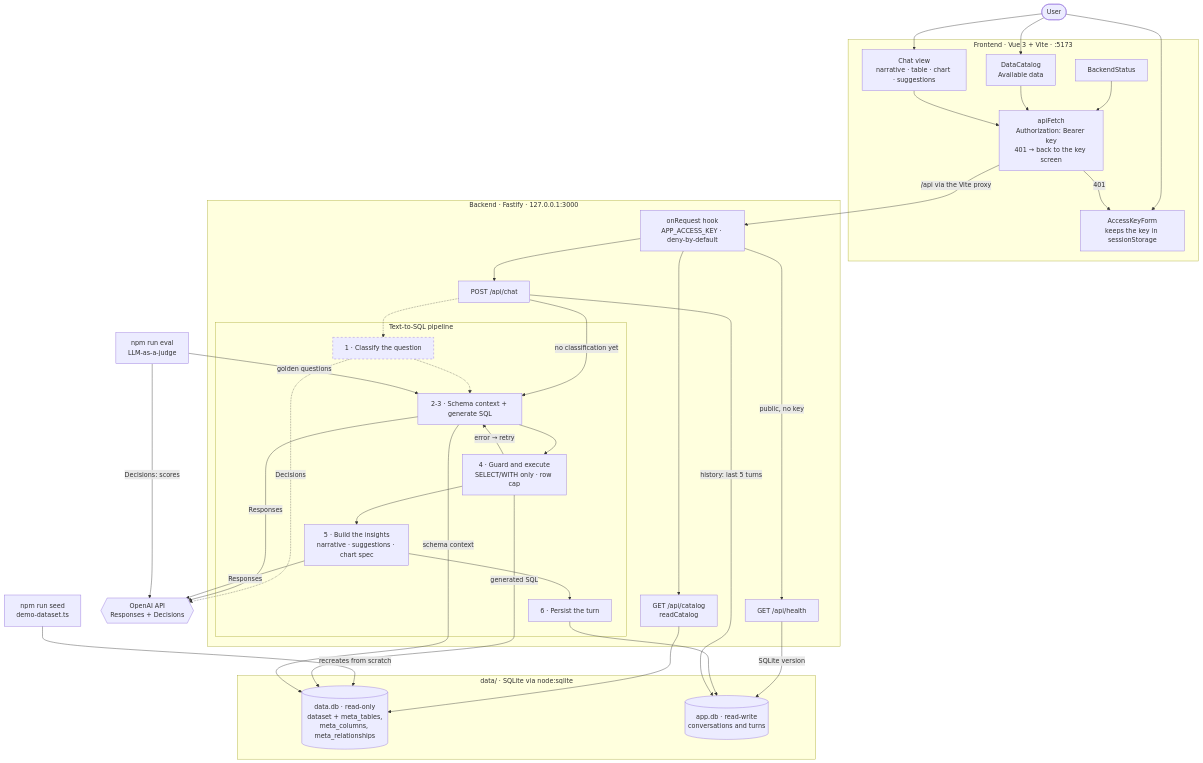
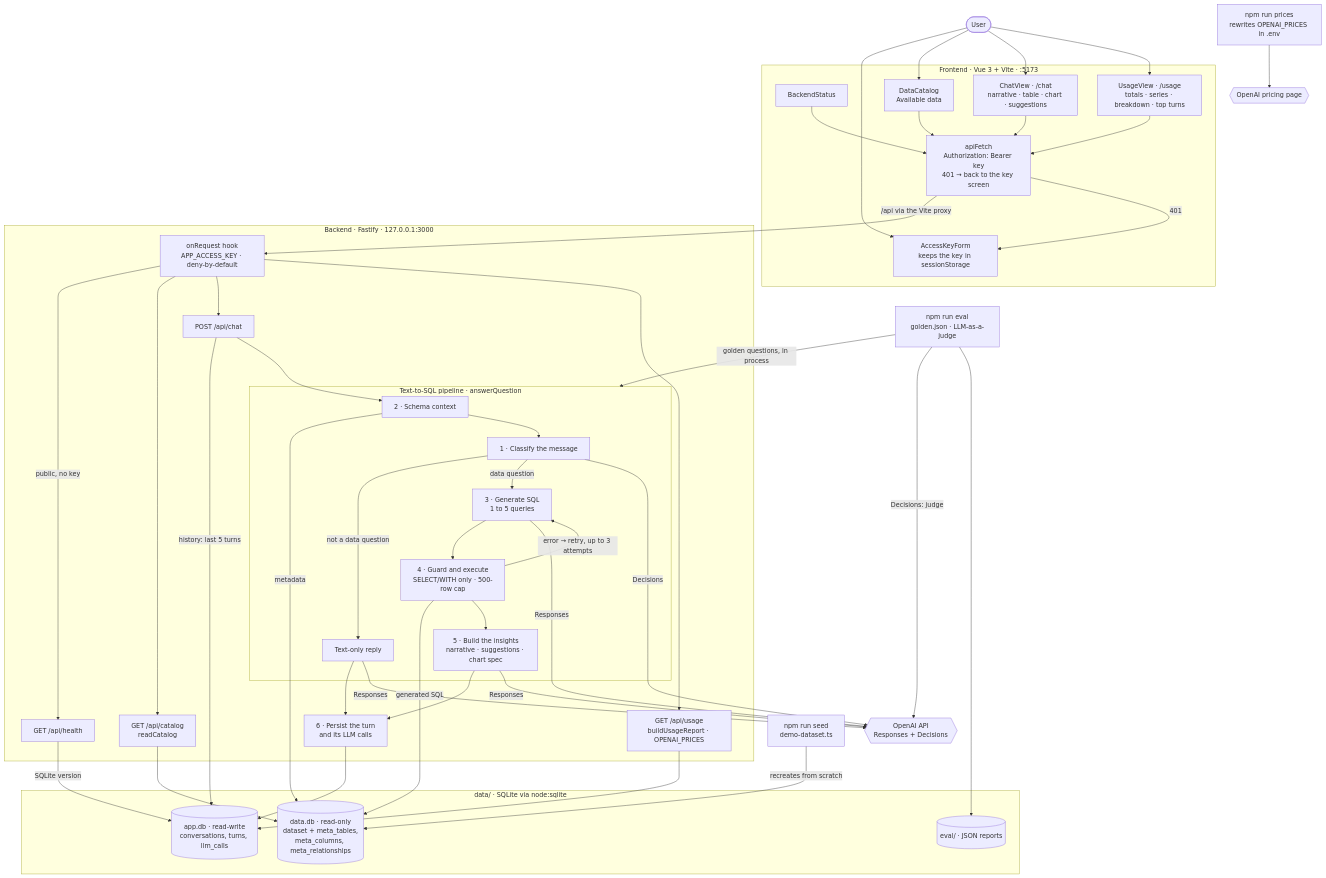
The diagram in docs/ARCHITECTURE_DIAGRAM.md (emiber/UTDT), drawn with Mermaid before and after one commit. The commit also changed other lines of this file and 1 other file, not shown here.

Commit message:
docs(arquitectura): actualizar el diagrama de componentes
El diagrama había quedado en el #12: mostraba la clasificación como planificada,
no tenía el reporte de uso y linkeaba al epic en una ruta que ya no existe.
Ahora refleja lo construido (respuesta de solo texto, /api/usage y su pantalla,
llm_calls, npm run prices, los reportes del eval) y el README lo lista en docs/.

````diff
--- a/docs/ARCHITECTURE_DIAGRAM.md
+++ b/docs/ARCHITECTURE_DIAGRAM.md
@@ -8,67 +7,73 @@
 ```mermaid
 flowchart TB
   user(["User"])
 
   subgraph FE["Frontend · Vue 3 + Vite · :5173"]
     keyForm["AccessKeyForm<br/>keeps the key in sessionStorage"]
     backendStatus["BackendStatus"]
     dataCatalog["DataCatalog<br/>Available data"]
-    chatUi["Chat view<br/>narrative · table · chart · suggestions"]
+    chatUi["ChatView · /chat<br/>narrative · table · chart · suggestions"]
+    usageUi["UsageView · /usage<br/>totals · series · breakdown · top turns"]
     apiFetch["apiFetch<br/>Authorization: Bearer key<br/>401 → back to the key screen"]
   end
 
   subgraph BE["Backend · Fastify · 127.0.0.1:3000"]
     authHook["onRequest hook<br/>APP_ACCESS_KEY · deny-by-default"]
     health["GET /api/health"]
     catalogRoute["GET /api/catalog<br/>readCatalog"]
     chatRoute["POST /api/chat"]
-    subgraph PIPE["Text-to-SQL pipeline"]
-      classify["1 · Classify the question"]
-      genSql["2-3 · Schema context + generate SQL"]
-      guard["4 · Guard and execute<br/>SELECT/WITH only · row cap"]
+    usageRoute["GET /api/usage<br/>buildUsageReport · OPENAI_PRICES"]
+    subgraph PIPE["Text-to-SQL pipeline · answerQuestion"]
+      schemaCtx["2 · Schema context"]
+      classify["1 · Classify the message"]
+      reply["Text-only reply"]
+      genSql["3 · Generate SQL<br/>1 to 5 queries"]
+      guard["4 · Guard and execute<br/>SELECT/WITH only · 500-row cap"]
       insights["5 · Build the insights<br/>narrative · suggestions · chart spec"]
-      persist["6 · Persist the turn"]
     end
+    persist["6 · Persist the turn<br/>and its LLM calls"]
   end
 
   subgraph DATA["data/ · SQLite via node:sqlite"]
     dataDb[("data.db · read-only<br/>dataset + meta_tables,<br/>meta_columns, meta_relationships")]
-    appDb[("app.db · read-write<br/>conversations and turns")]
+    appDb[("app.db · read-write<br/>conversations, turns, llm_calls")]
+    evalReports[("eval/ · JSON reports")]
   end
 
   openai{{"OpenAI API<br/>Responses + Decisions"}}
+  pricingPage{{"OpenAI pricing page"}}
   seed["npm run seed<br/>demo-dataset.ts"]
-  evalCmd["npm run eval<br/>LLM-as-a-judge"]
+  evalCmd["npm run eval<br/>golden.json · LLM-as-a-judge"]
+  pricesCmd["npm run prices<br/>rewrites OPENAI_PRICES in .env"]
 
-  user --> keyForm
-  user --> dataCatalog
-  user --> chatUi
-  backendStatus & dataCatalog --> apiFetch
-  chatUi --> apiFetch
+  user --> keyForm & dataCatalog & chatUi & usageUi
+  backendStatus & dataCatalog & chatUi & usageUi --> apiFetch
   apiFetch -->|"/api via the Vite proxy"| authHook
   apiFetch -->|"401"| keyForm
   authHook -->|"public, no key"| health
-  authHook --> catalogRoute
-  authHook --> chatRoute
+  authHook --> catalogRoute & chatRoute & usageRoute
   health -->|"SQLite version"| appDb
   catalogRoute --> dataDb
+  usageRoute --> appDb
   seed -->|"recreates from scratch"| dataDb
 
-  chatRoute -->|"no classification yet"| genSql
-  chatRoute -.-> classify -.-> genSql
+  chatRoute -->|"history: last 5 turns"| appDb
+  chatRoute --> schemaCtx
+  schemaCtx -->|"metadata"| dataDb
+  schemaCtx --> classify
+  classify -->|"not a data question"| reply
+  classify -->|"data question"| genSql
   genSql --> guard
-  guard --> insights --> persist
-  guard -->|"error → retry"| genSql
+  guard -->|"error → retry, up to 3 attempts"| genSql
   guard -->|"generated SQL"| dataDb
-  genSql -->|"schema context"| dataDb
+  guard --> insights
+  reply & insights --> persist
   persist --> appDb
-  chatRoute -->|"history: last 5 turns"| appDb
-  classify -.->|"Decisions"| openai
-  genSql -->|"Responses"| openai
-  insights -->|"Responses"| openai
-  evalCmd -->|"golden questions"| genSql
-  evalCmd -->|"Decisions: scores"| openai
+  classify -->|"Decisions"| openai
+  reply & genSql & insights -->|"Responses"| openai
 
-  classDef planned stroke-dasharray: 5 5
-  class classify planned
+  evalCmd -->|"golden questions, in process"| PIPE
+  evalCmd -->|"Decisions: judge"| openai
+  evalCmd --> evalReports
+  pricesCmd --> pricingPage
 ```
````
